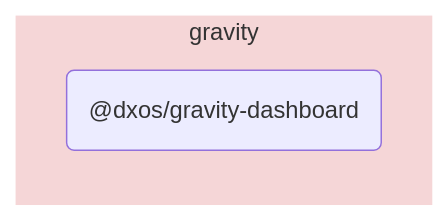
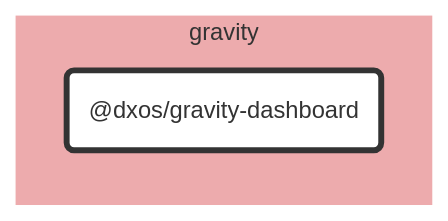
The diagram in packages/gravity/gravity-dashboard/docs/README.md (dxos/dxos), drawn with Mermaid before and after one commit. The commit also changed other lines of this file and 89 other files, not shown here.

````diff
--- a/packages/gravity/gravity-dashboard/docs/README.md
+++ b/packages/gravity/gravity-dashboard/docs/README.md
@@ -5,9 +7,25 @@
 ```mermaid
-flowchart LR;
+%%{ init: {'flowchart':{'curve':'basis'}} }%%
 
+flowchart LR
+
+%% Links
+
+%% Sections
 subgraph gravity
-  style gravity fill:#f5d6d7,stroke:#fff;
-  dxos/gravity-dashboard("@dxos/gravity-dashboard");
+  style gravity fill:#edabad,stroke:#fff;
+
+  dxos/gravity-dashboard("@dxos/gravity-dashboard")
 end
 
+
+%% Hyperlinks
+
+%% Styles
+classDef rootNode fill:#fff,stroke:#333,stroke-width:4px
+classDef defaultNode fill:#fff,stroke:#333,stroke-width:1px
+linkStyle default stroke:#333,stroke-width:1px
+
+dxos/gravity-dashboard:::rootNode
+
 ```
````
